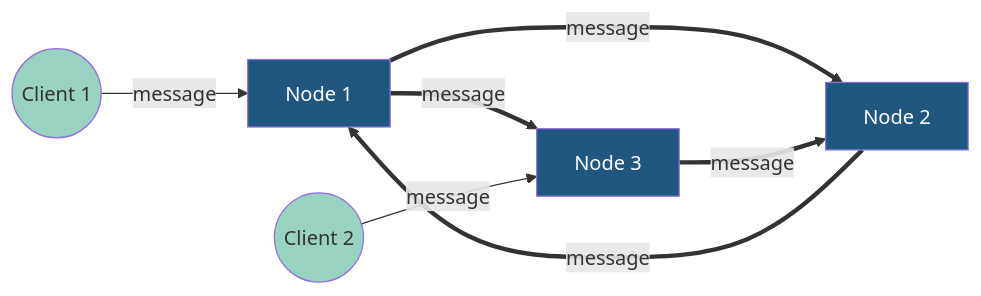
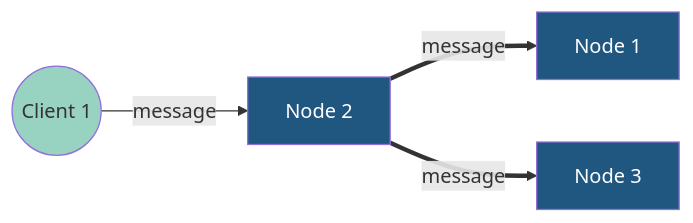
The second of 2 diagrams in README.md (niklas-enns/message-broker), drawn with Mermaid before and after one commit.

Commit message:
reformat table

````diff
--- a/README.md
+++ b/README.md
@@ -84,17 +84,14 @@
 ```mermaid
 graph LR;
-    N1[Node 1]==>|message|N2[Node 2]
-    N1==>|message|N3[Node 3]
-    N2==>|message|N1
-    N3==>|message|N2
+    N2[Node 2]==>|message|N1[Node 1]
+    N2==>|message|N3[Node 3]
     
-    C1((Client 1))-->|message|N1;
-    C2((Client 2))-->|message|N3;
+    C1((Client 1))-->|message|N2;
     
     classDef c1 fill:#205781,color:white;
     classDef c2 fill:#4F959D,color:white;
     classDef c3 fill:#98D2C0;
     classDef c4 fill:#F6F8D5;
     class N1,N2,N3 c1
     class C1,C2,C3,C4 c3
 ```
````
